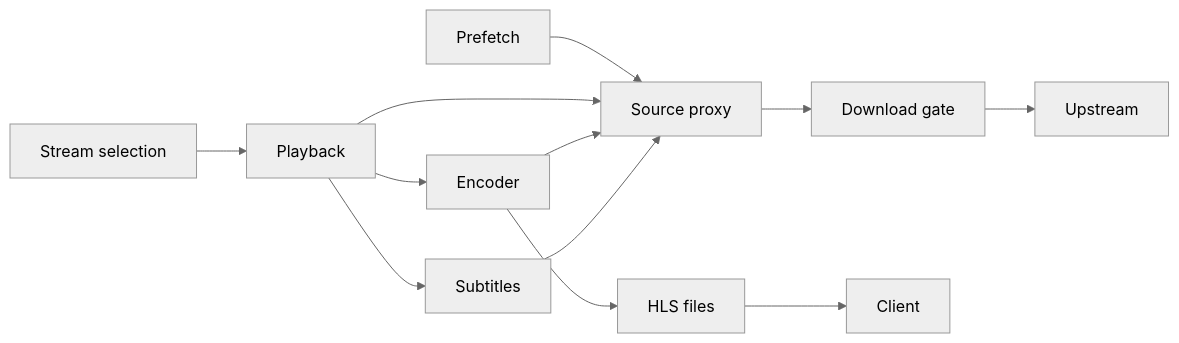
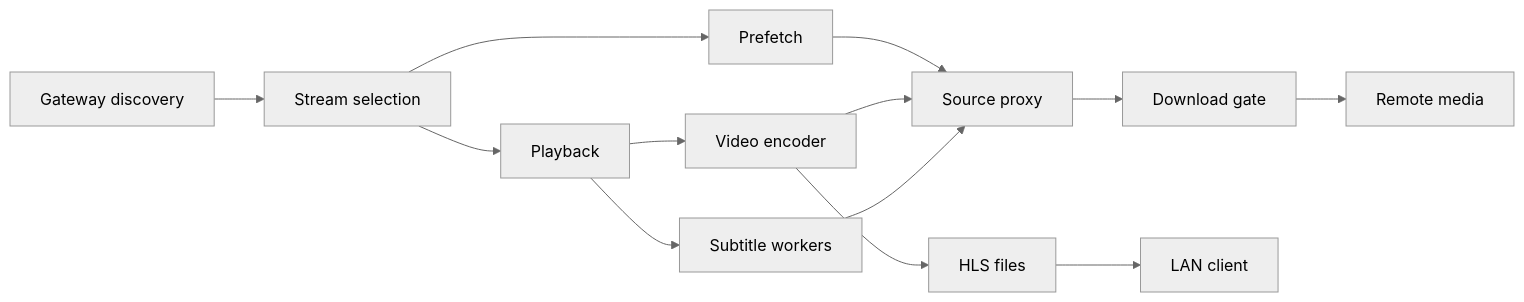
The diagram in droid-wiki/systems/index.md (VeroxAUS/homestream), drawn with Mermaid (neutral theme) before and after one commit. The commit also changed other lines of this file and 58 other files, not shown here.

````diff
--- a/droid-wiki/systems/index.md
+++ b/droid-wiki/systems/index.md
@@ -20,14 +25,15 @@
 ```mermaid
 graph LR
-    Discovery[Stream selection] --> Playback
+    Gateway[Gateway discovery] --> Selection[Stream selection]
+    Selection --> Playback[Playback]
+    Selection --> Prefetch[Prefetch]
     Prefetch --> Proxy[Source proxy]
-    Playback --> Proxy
-    Playback --> Encoder
-    Playback --> Subtitles
+    Playback --> Encoder[Video encoder]
+    Playback --> Subs[Subtitle workers]
     Encoder --> Proxy
-    Subtitles --> Proxy
+    Subs --> Proxy
     Proxy --> Gate[Download gate]
-    Gate --> Upstream
+    Gate --> Remote[Remote media]
     Encoder --> HLS[HLS files]
-    HLS --> Client
+    HLS --> Client[LAN client]
 ```
````
